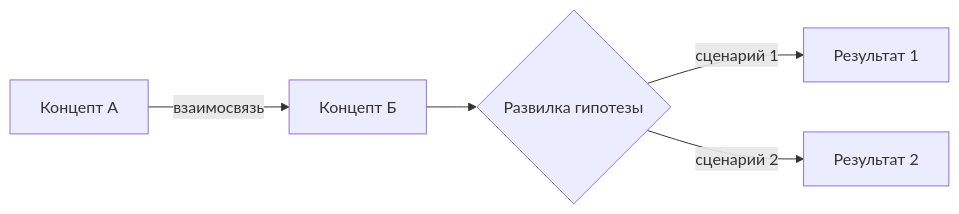
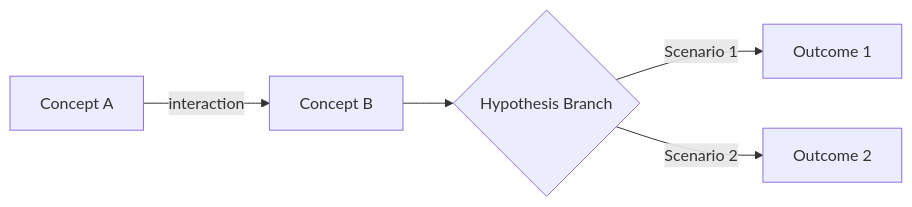
One commit to vnkdevelop/knowledge-brain changed the diagram in SKILL.md. Above: the diagram before and after it, drawn with Mermaid. The commit also changed other lines of this file and 9 other files, not shown here.

````diff
--- a/SKILL.md
+++ b/SKILL.md
@@ -164,7 +163,7 @@
 ```mermaid
 graph LR
-    A["Концепт А"] -->|взаимосвязь| B["Концепт Б"]
-    B --> C{"Развилка гипотезы"}
-    C -->|сценарий 1| D["Результат 1"]
-    C -->|сценарий 2| E["Результат 2"]
+    A["Concept A"] -->|interaction| B["Concept B"]
+    B --> C{"Hypothesis Branch"}
+    C -->|Scenario 1| D["Outcome 1"]
+    C -->|Scenario 2| E["Outcome 2"]
 ```
````
